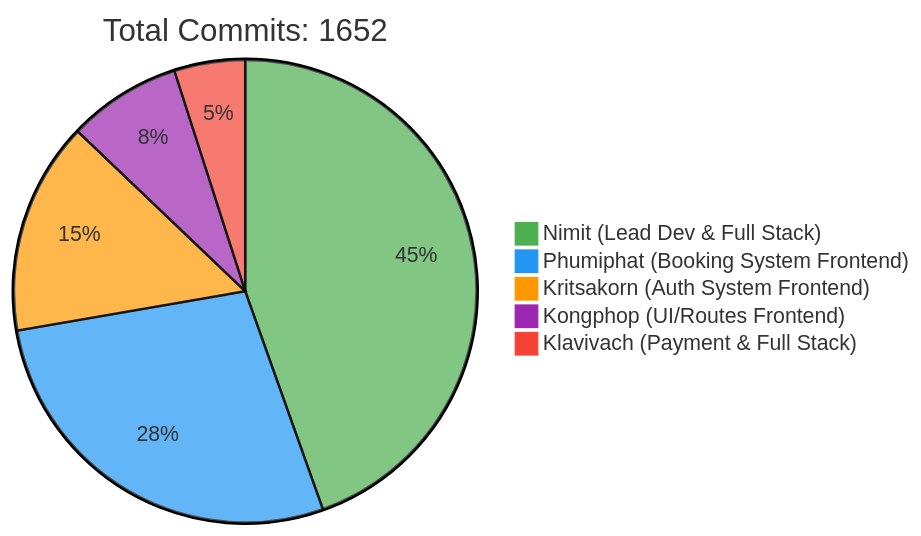
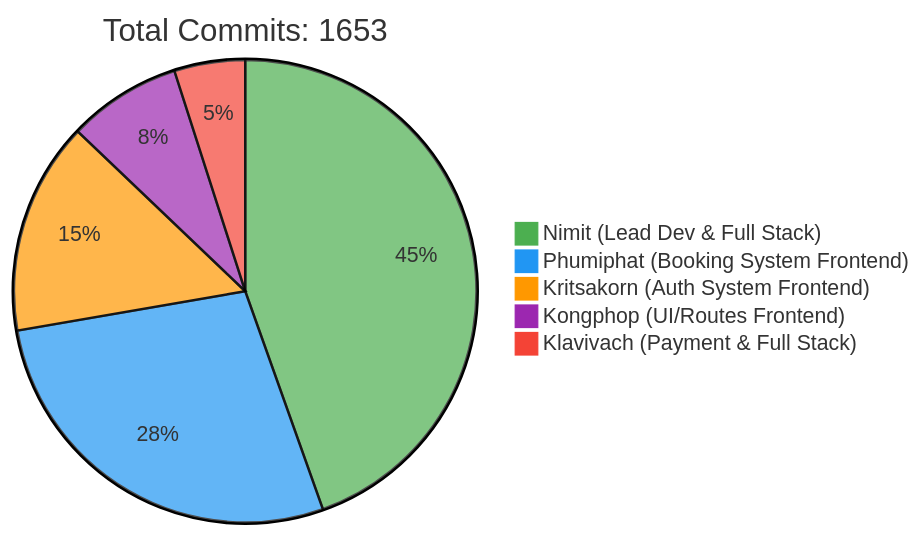
Before and after one commit to 6531503042/Sport-Complex: the first of 2 diagrams in README.md, drawn with Mermaid. The commit also changed other lines of this file, not shown here.

Commit message:
docs: Update contributor statistics [skip ci]

````diff
--- a/README.md
+++ b/README.md
@@ -257,10 +257,10 @@
 ```mermaid
 %%{init: {'theme': 'base', 'themeVariables': { 'pie1': '#4CAF50', 'pie2': '#2196F3', 'pie3': '#FF9800', 'pie4': '#9C27B0', 'pie5': '#F44336'}}}%%
 pie
-    title Total Commits: 1652
+    title Total Commits: 1653
     "Nimit (Lead Dev & Full Stack)" : 450
     "Phumiphat (Booking System Frontend)" : 280
     "Kritsakorn (Auth System Frontend)" : 150
     "Kongphop (UI/Routes Frontend)" : 80
     "Klavivach (Payment & Full Stack)" : 50
 ```
````
